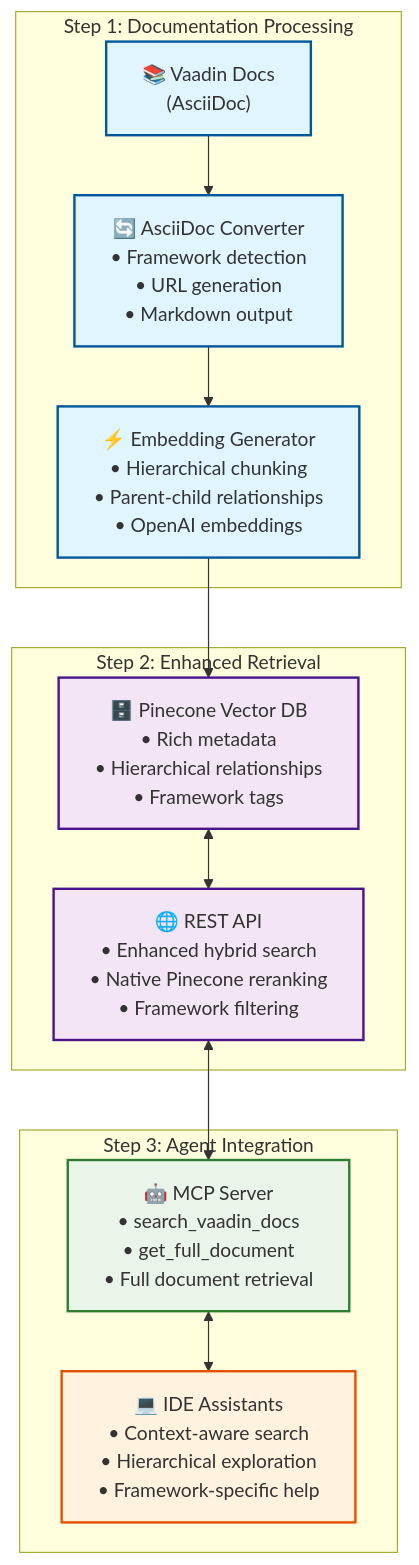
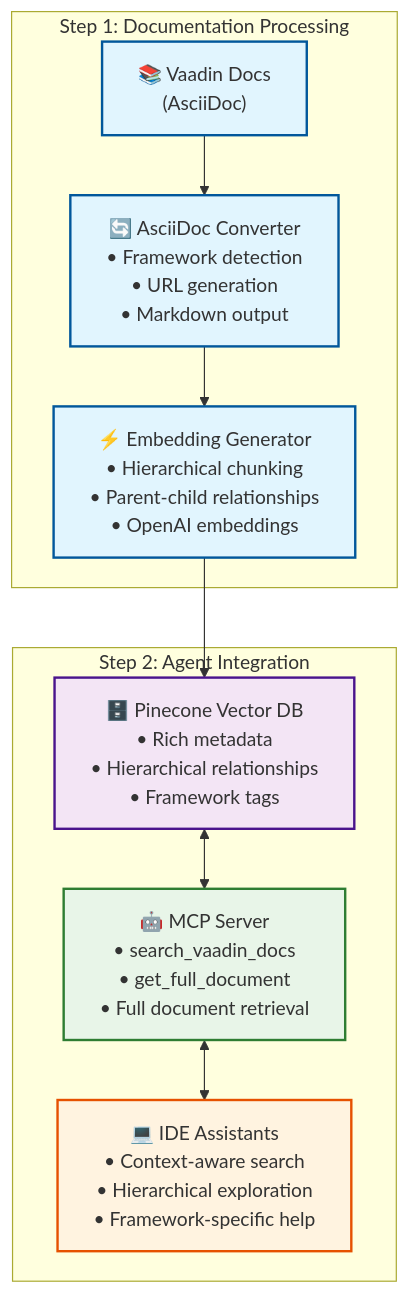
The diagram in README.md (vaadin/vaadin-mcp), drawn with Mermaid before and after one commit. The commit also changed other lines of this file and 34 other files, not shown here.

First line of the commit message:
Merge REST server into MCP server for direct service access (#48) (#56)

````diff
--- a/README.md
+++ b/README.md
@@ -32,35 +31,30 @@
 ```mermaid
 flowchart TD
     subgraph "Step 1: Documentation Processing"
         VaadinDocs["📚 Vaadin Docs<br/>(AsciiDoc)"] 
         Converter["🔄 AsciiDoc Converter<br/>• Framework detection<br/>• URL generation<br/>• Markdown output"]
         Processor["⚡ Embedding Generator<br/>• Hierarchical chunking<br/>• Parent-child relationships<br/>• OpenAI embeddings"]
     end
 
-    subgraph "Step 2: Enhanced Retrieval"
+    subgraph "Step 2: Agent Integration"
         Pinecone["🗄️ Pinecone Vector DB<br/>• Rich metadata<br/>• Hierarchical relationships<br/>• Framework tags"]
-        RestAPI["🌐 REST API<br/>• Enhanced hybrid search<br/>• Native Pinecone reranking<br/>• Framework filtering"]
-    end
-
-    subgraph "Step 3: Agent Integration"
         MCP["🤖 MCP Server<br/>• search_vaadin_docs<br/>• get_full_document<br/>• Full document retrieval"]
         IDEs["💻 IDE Assistants<br/>• Context-aware search<br/>• Hierarchical exploration<br/>• Framework-specific help"]
     end
 
     VaadinDocs --> Converter
     Converter --> Processor
     Processor --> Pinecone
-    Pinecone <--> RestAPI
-    RestAPI <--> MCP
+    Pinecone <--> MCP
     MCP <--> IDEs
 
     classDef processing fill:#e1f5fe,stroke:#01579b,stroke-width:2px
     classDef storage fill:#f3e5f5,stroke:#4a148c,stroke-width:2px
     classDef api fill:#e8f5e8,stroke:#2e7d32,stroke-width:2px
     classDef agent fill:#fff3e0,stroke:#e65100,stroke-width:2px
 
     class VaadinDocs,Converter,Processor processing
-    class Pinecone,RestAPI storage
+    class Pinecone storage
     class MCP api
     class IDEs agent
 ```
````
